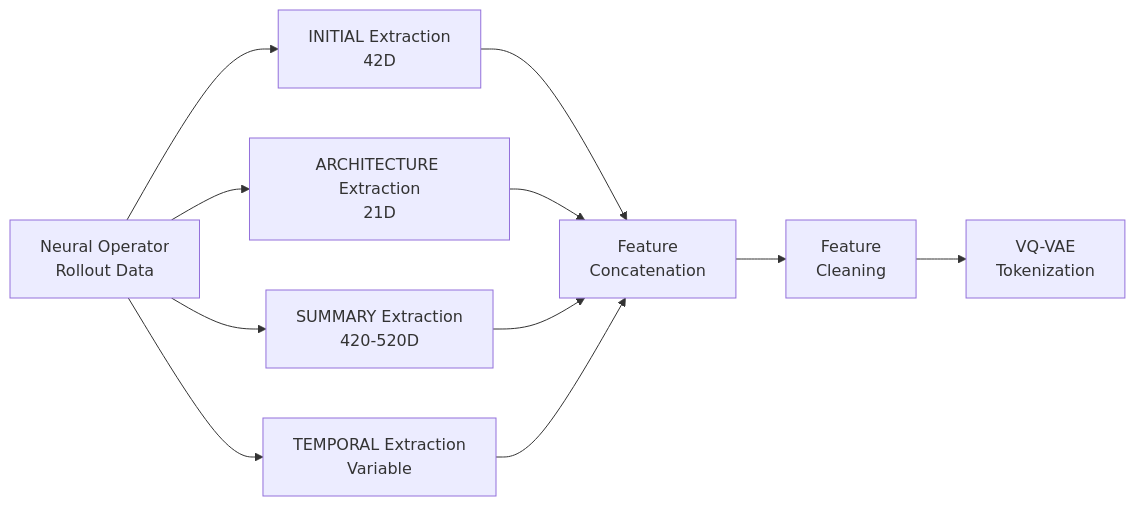
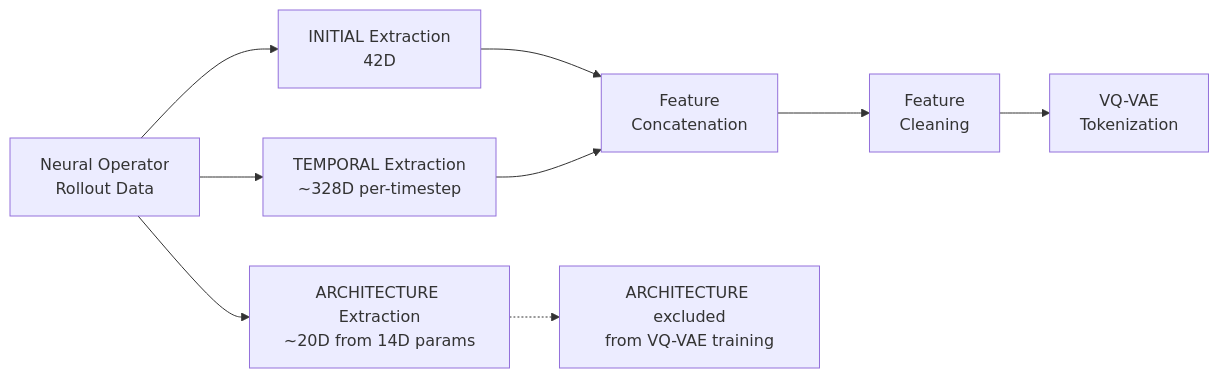
The diagram in docs/features/README.md (dgabriele/spinlock), drawn with Mermaid before and after one commit. The commit also changed other lines of this file and 7 other files, not shown here.

First line of the commit message:
docs: update all documentation to reflect v3.0 feature architecture

````diff
--- a/docs/features/README.md
+++ b/docs/features/README.md
@@ -106,22 +126,21 @@
 ```mermaid
 flowchart LR
     Rollout[Neural Operator<br/>Rollout Data]
     INITIAL[INITIAL Extraction<br/>42D]
-    ARCHITECTURE[ARCHITECTURE Extraction<br/>21D]
-    SUMMARY[SUMMARY Extraction<br/>420-520D]
-    TEMPORAL[TEMPORAL Extraction<br/>Variable]
+    ARCHITECTURE[ARCHITECTURE Extraction<br/>~20D from 14D params]
+    TEMPORAL[TEMPORAL Extraction<br/>~328D per-timestep]
     Concat[Feature<br/>Concatenation]
     Clean[Feature<br/>Cleaning]
     VQVAE[VQ-VAE<br/>Tokenization]
 
     Rollout --> INITIAL
     Rollout --> ARCHITECTURE
-    Rollout --> SUMMARY
     Rollout --> TEMPORAL
     INITIAL --> Concat
-    ARCHITECTURE --> Concat
-    SUMMARY --> Concat
     TEMPORAL --> Concat
     Concat --> Clean
     Clean --> VQVAE
+
+    Note[ARCHITECTURE excluded<br/>from VQ-VAE training]
+    ARCHITECTURE -.-> Note
 ```
````
